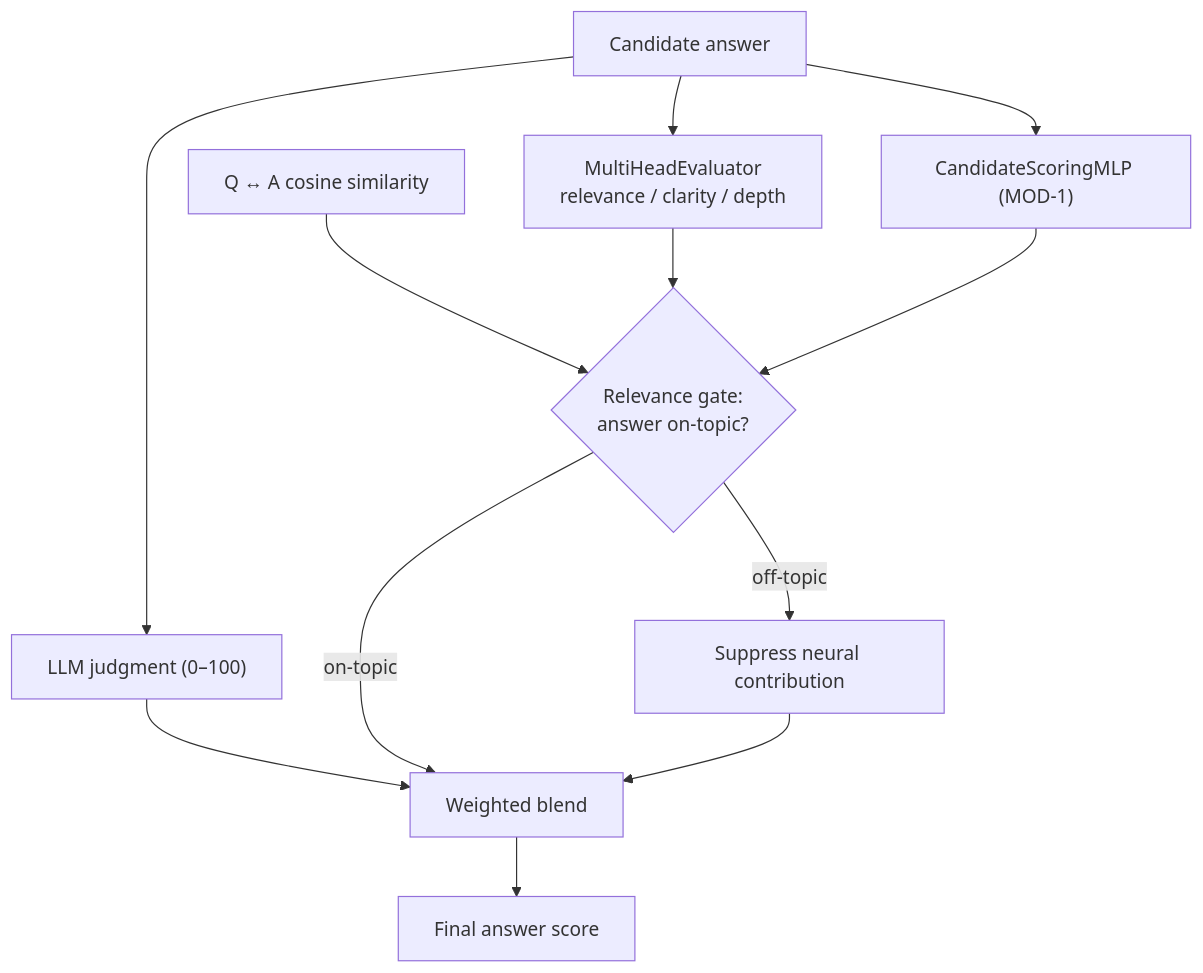
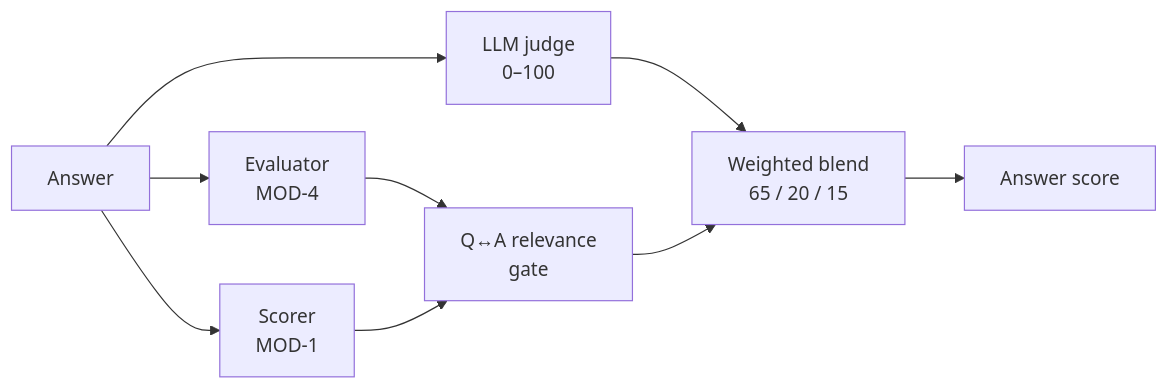
Before and after one commit to Pavlosss-uy/MyHR: the third of 5 diagrams in docs/04-implementation.md, drawn with Mermaid. The commit also changed other lines of this file and 12 other files, not shown here.

````diff
--- a/docs/04-implementation.md
+++ b/docs/04-implementation.md
@@ -124,14 +116,11 @@
 ```mermaid
-flowchart TB
-    ANS["Candidate answer"] --> LLMJ["LLM judgment (0–100)"]
-    ANS --> EVAL["MultiHeadEvaluator<br/>relevance / clarity / depth"]
-    ANS --> MOD1["CandidateScoringMLP (MOD-1)"]
-    QA["Q ↔ A cosine similarity"] --> GATE{"Relevance gate:<br/>answer on-topic?"}
-    EVAL --> GATE
+flowchart LR
+    ANS["Answer"] --> LLMJ["LLM judge<br/>0–100"]
+    ANS --> EVAL["Evaluator<br/>MOD-4"]
+    ANS --> MOD1["Scorer<br/>MOD-1"]
+    EVAL --> GATE["Q↔A relevance<br/>gate"]
     MOD1 --> GATE
-    LLMJ --> BLEND["Weighted blend"]
-    GATE -->|on-topic| BLEND
-    GATE -->|off-topic| SUPPRESS["Suppress neural contribution"]
-    SUPPRESS --> BLEND
-    BLEND --> SCORE["Final answer score"]
+    LLMJ --> BLEND["Weighted blend<br/>65 / 20 / 15"]
+    GATE --> BLEND
+    BLEND --> SCORE["Answer score"]
 ```
````
